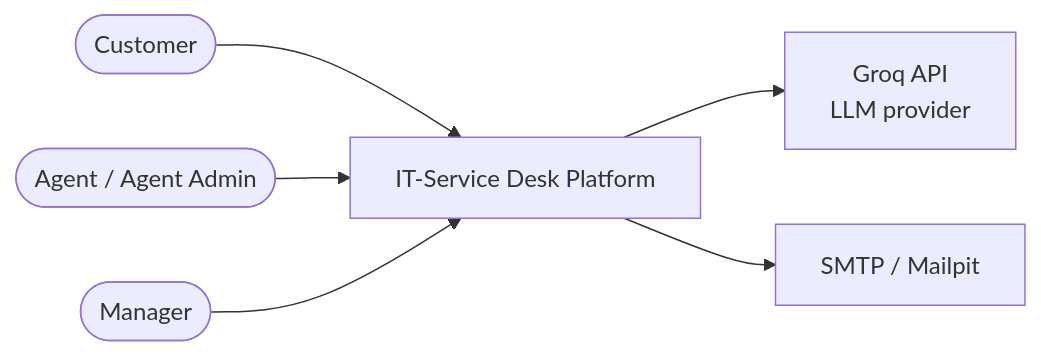
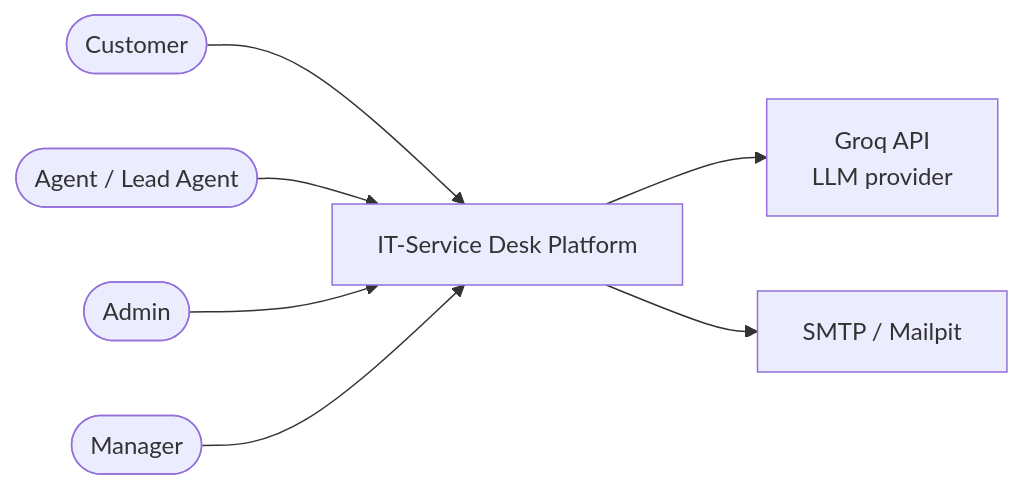
Before and after one commit to UKBey/TicketSystem: the first of 6 diagrams in docs/ARCHITECTURE.md, drawn with Mermaid. The commit also changed other lines of this file and 7 other files, not shown here.

Commit message:
docs(rbac): migrate all docs to the multi-role model (customer/agent/lead_agent/admin/manager)

````diff
--- a/docs/ARCHITECTURE.md
+++ b/docs/ARCHITECTURE.md
@@ -36,17 +36,19 @@
 ```mermaid
 flowchart LR
     customer([Customer])
-    agent([Agent / Agent Admin])
+    agent([Agent / Lead Agent])
+    admin([Admin])
     manager([Manager])
 
     system[IT-Service Desk Platform]
 
     groq[Groq API<br/>LLM provider]
     smtp[SMTP / Mailpit]
 
     customer --> system
     agent --> system
+    admin --> system
     manager --> system
     system --> groq
     system --> smtp
 ```
````
